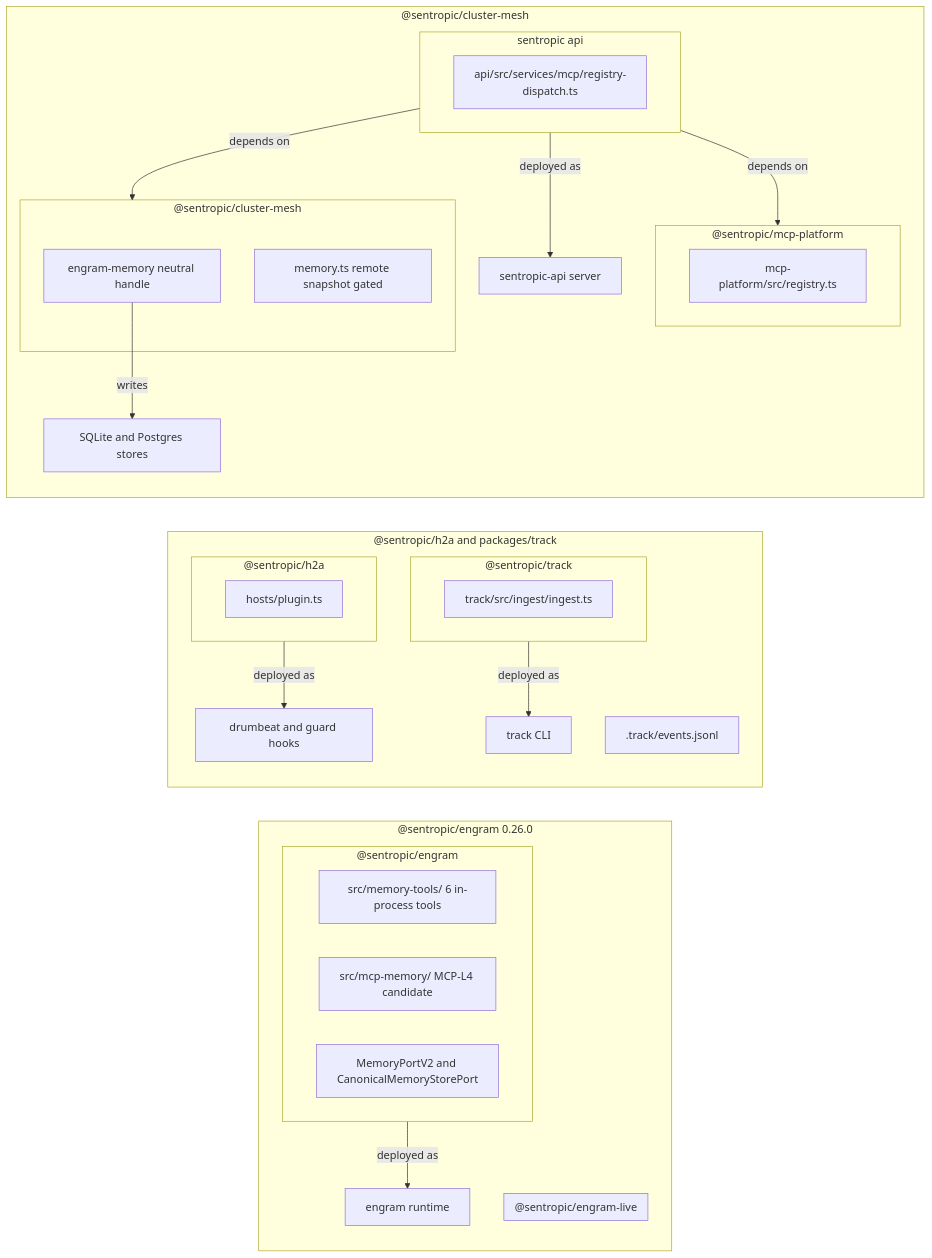
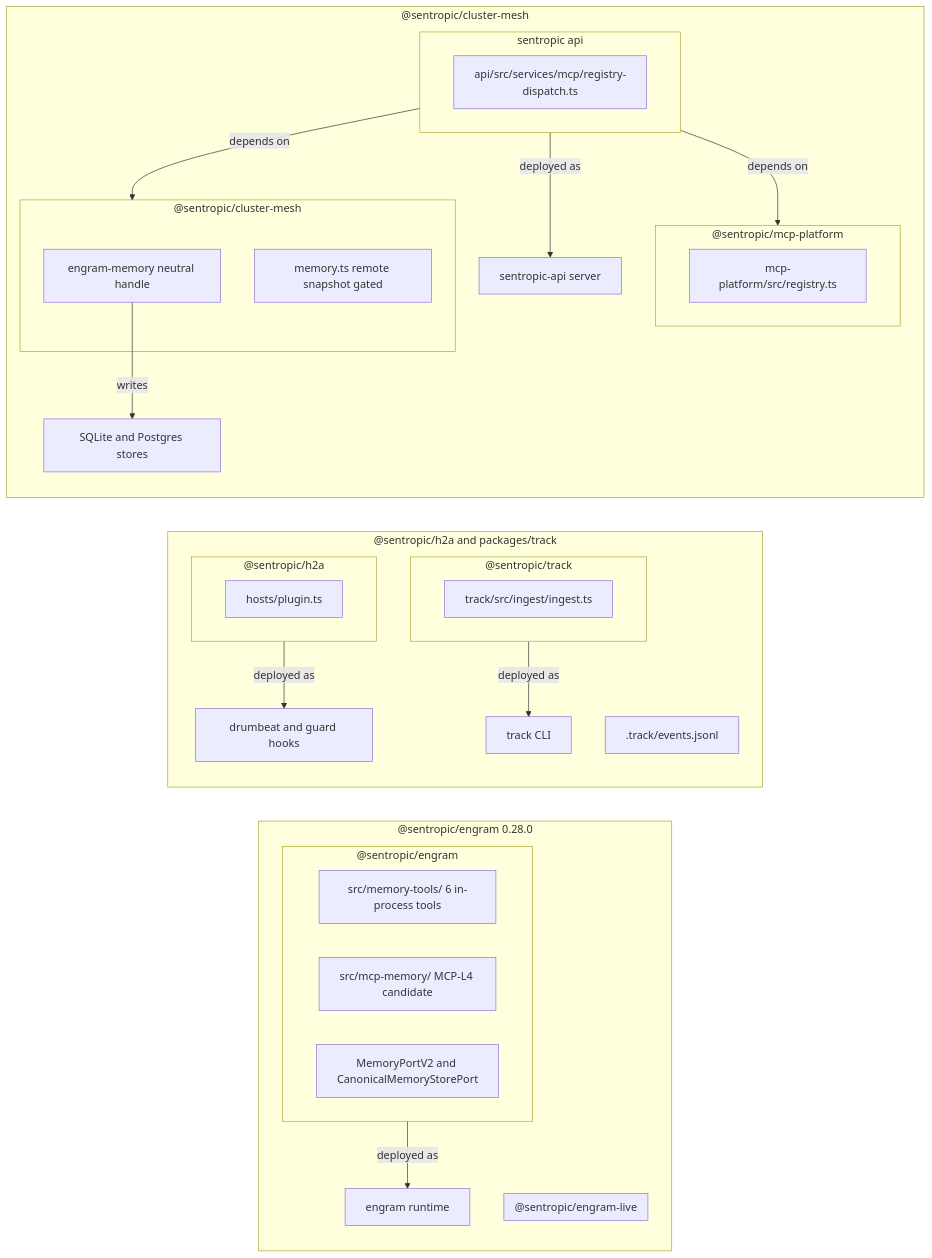
The second of 2 diagrams in spec/memory/PLAN_SPEC_ENGRAM_FRONT.md (rhanka/engram), drawn with Mermaid before and after one commit. The commit also changed other lines of this file and 10 other files, not shown here.

````diff
--- a/spec/memory/PLAN_SPEC_ENGRAM_FRONT.md
+++ b/spec/memory/PLAN_SPEC_ENGRAM_FRONT.md
@@ -79,48 +81,48 @@
 ```mermaid
 flowchart LR
-subgraph e_sys_engram["@sentropic/engram 0.26.0"]
+subgraph e_sys_engram["@sentropic/engram 0.28.0"]
   subgraph e_pkg_elive["@sentropic/engram-live"]
   end
   subgraph e_pkg_engram["@sentropic/engram"]
     e_cmp_ecore["src/memory-tools/ 6 in-process tools"]
     e_cmp_emcp["src/mcp-memory/ MCP-L4 candidate"]
     e_cmp_eport["MemoryPortV2 and CanonicalMemoryStorePort"]
   end
   e_rt_engram["engram runtime"]
 end
 
 subgraph e_sys_h2a["@sentropic/h2a and packages/track"]
   subgraph e_pkg_h2a["@sentropic/h2a"]
     e_cmp_hooks["hosts/plugin.ts"]
   end
   subgraph e_pkg_track["@sentropic/track"]
     e_cmp_tingest["track/src/ingest/ingest.ts"]
   end
   e_rt_drum["drumbeat and guard hooks"]
   e_rt_trackcli["track CLI"]
   e_st_tjsonl[".track/events.jsonl"]
 end
 
 subgraph e_sys_mesh["@sentropic/cluster-mesh"]
   subgraph e_pkg_api["sentropic api"]
     e_cmp_mreg["api/src/services/mcp/registry-dispatch.ts"]
   end
   subgraph e_pkg_mcpplat["@sentropic/mcp-platform"]
     e_cmp_mplat["mcp-platform/src/registry.ts"]
   end
   subgraph e_pkg_mesh["@sentropic/cluster-mesh"]
     e_cmp_mbind["engram-memory neutral handle"]
     e_cmp_mstub["memory.ts remote snapshot gated"]
   end
   e_rt_api["sentropic-api server"]
   e_st_mstore["SQLite and Postgres stores"]
 end
 
 e_pkg_engram -->|"deployed as"| e_rt_engram
 e_pkg_h2a -->|"deployed as"| e_rt_drum
 e_pkg_track -->|"deployed as"| e_rt_trackcli
 e_pkg_api -->|"deployed as"| e_rt_api
 e_pkg_api -->|"depends on"| e_pkg_mcpplat
 e_pkg_api -->|"depends on"| e_pkg_mesh
 e_cmp_mbind -->|"writes"| e_st_mstore
 ```
````
